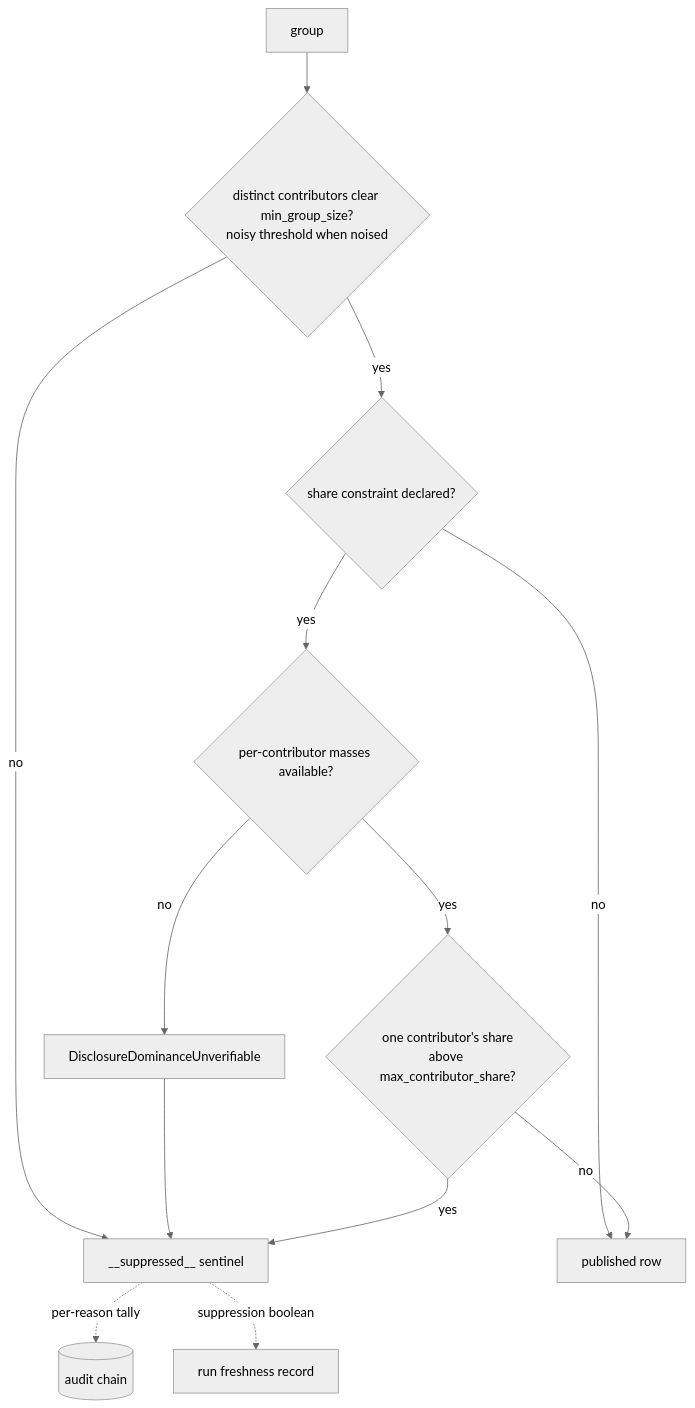
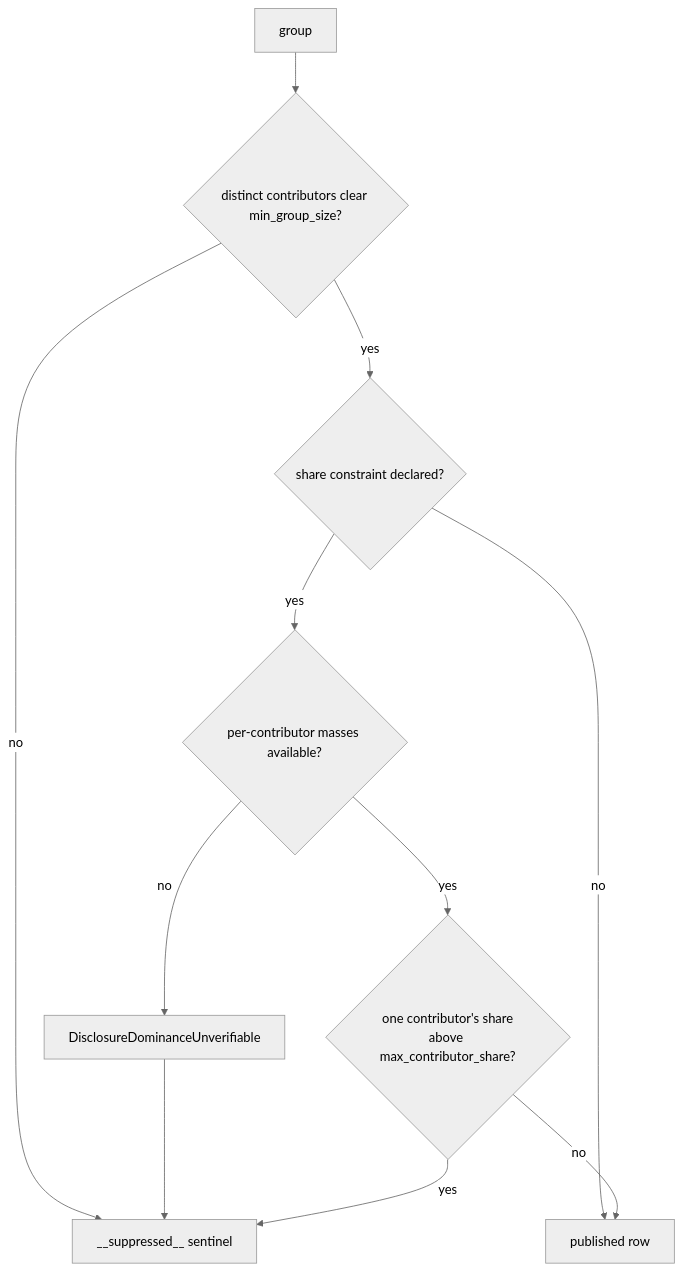
One commit to fractalboxdev/contextful changed the second of 2 diagrams in spec/61-disclosure.md. Above: the diagram before and after it, drawn with Mermaid (neutral theme). The commit also changed other lines of this file and 7 other files, not shown here.

````diff
--- a/spec/61-disclosure.md
+++ b/spec/61-disclosure.md
@@ -74,15 +73,13 @@
 ```mermaid
 flowchart TD
-  G["group"] --> SZ{"distinct contributors clear min_group_size?<br/>noisy threshold when noised"}
+  G["group"] --> SZ{"distinct contributors clear min_group_size?"}
   SZ -- no --> S["__suppressed__ sentinel"]
   SZ -- yes --> SH{"share constraint declared?"}
   SH -- no --> P["published row"]
   SH -- yes --> AV{"per-contributor masses available?"}
   AV -- no --> DU["DisclosureDominanceUnverifiable"]
   DU --> S
   AV -- yes --> DOM{"one contributor's share<br/>above max_contributor_share?"}
   DOM -- yes --> S
   DOM -- no --> P
-  S -. "per-reason tally" .-> AUD[("audit chain")]
-  S -. "suppression boolean" .-> FR["run freshness record"]
 ```
````
